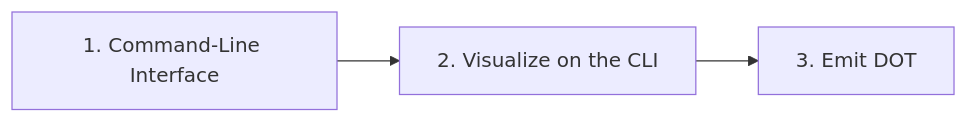
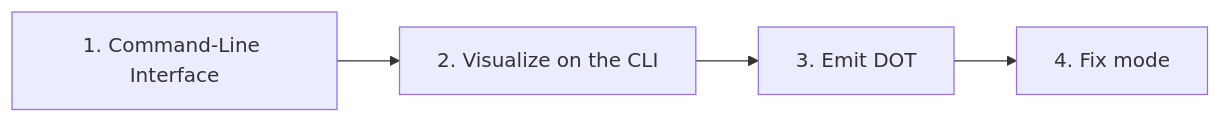
Before and after one commit to pengzhengyi/dialoguedown: the third of 4 diagrams in docs/contributing/design-notes/README.md, drawn with Mermaid. The commit also changed other lines of this file and 28 other files, not shown here.

````diff
--- a/docs/contributing/design-notes/README.md
+++ b/docs/contributing/design-notes/README.md
@@ -190,5 +190,6 @@
 ```mermaid
 flowchart LR
     CLI["1. Command-Line Interface"] --> VZ["2. Visualize on the CLI"]
     VZ --> DOT["3. Emit DOT"]
+    DOT --> FIX["4. Fix mode"]
 ```
````
